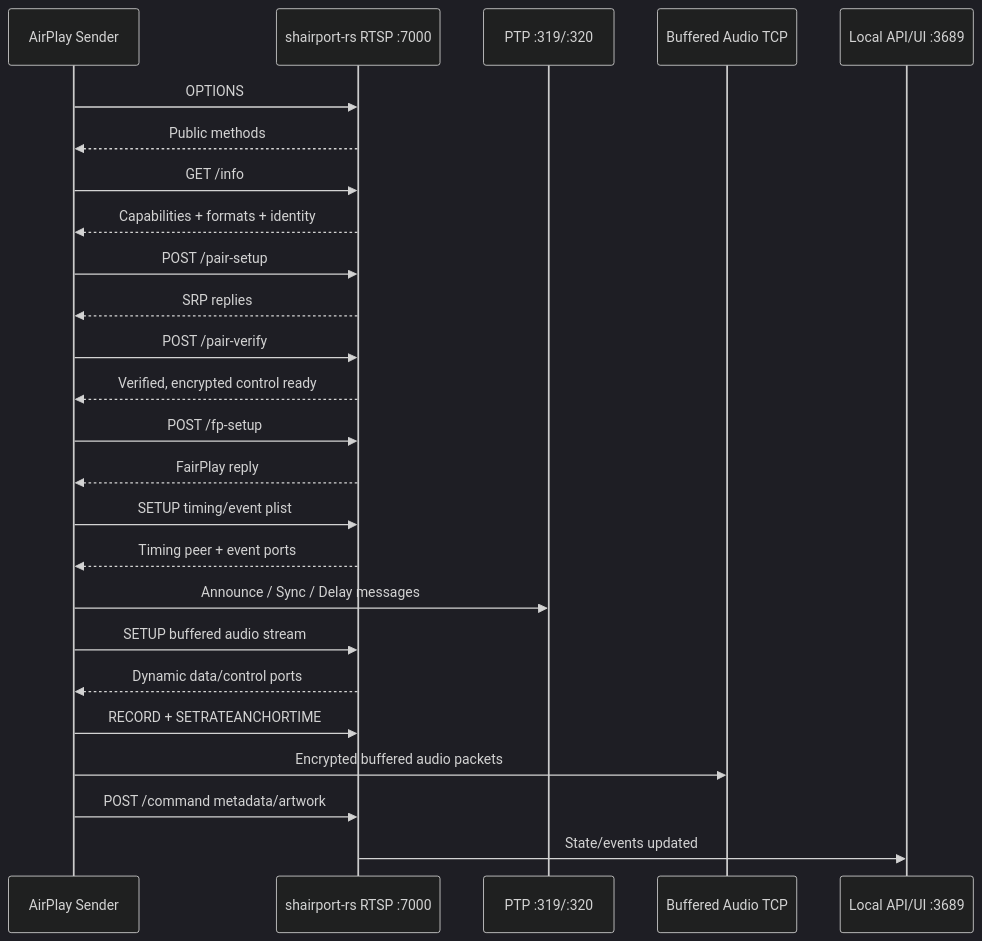
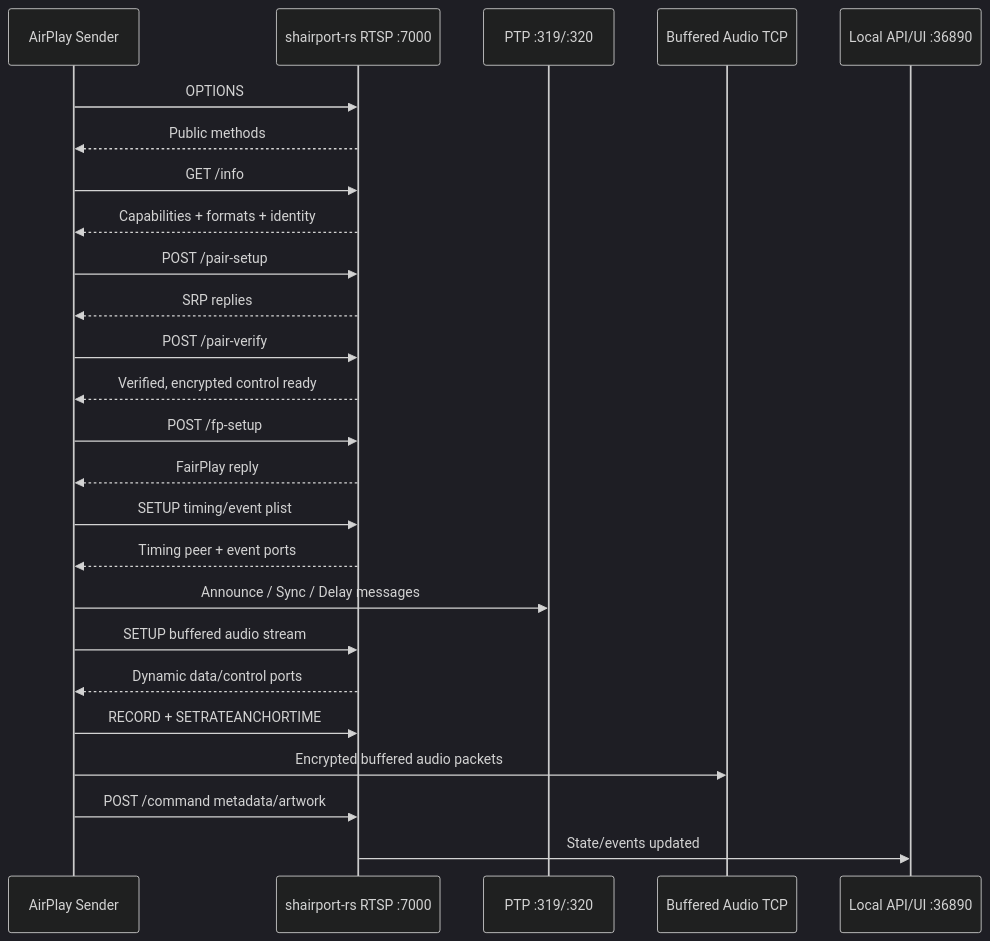
One commit to TAY0123/shairport-sync changed the first of 3 diagrams in shairport-rs/README.md. Above: the diagram before and after it, drawn with Mermaid (dark theme). The commit also changed other lines of this file and 2 other files, not shown here.

Commit message:
Change local API default port to 36890

````diff
--- a/shairport-rs/README.md
+++ b/shairport-rs/README.md
@@ -218,28 +218,28 @@
 ```mermaid
 sequenceDiagram
     participant Sender as AirPlay Sender
     participant RTSP as shairport-rs RTSP :7000
     participant PTP as PTP :319/:320
     participant Audio as Buffered Audio TCP
-    participant API as Local API/UI :3689
+    participant API as Local API/UI :36890
 
     Sender->>RTSP: OPTIONS
     RTSP-->>Sender: Public methods
     Sender->>RTSP: GET /info
     RTSP-->>Sender: Capabilities + formats + identity
     Sender->>RTSP: POST /pair-setup
     RTSP-->>Sender: SRP replies
     Sender->>RTSP: POST /pair-verify
     RTSP-->>Sender: Verified, encrypted control ready
     Sender->>RTSP: POST /fp-setup
     RTSP-->>Sender: FairPlay reply
     Sender->>RTSP: SETUP timing/event plist
     RTSP-->>Sender: Timing peer + event ports
     Sender->>PTP: Announce / Sync / Delay messages
     Sender->>RTSP: SETUP buffered audio stream
     RTSP-->>Sender: Dynamic data/control ports
     Sender->>RTSP: RECORD + SETRATEANCHORTIME
     Sender->>Audio: Encrypted buffered audio packets
     Sender->>RTSP: POST /command metadata/artwork
     RTSP->>API: State/events updated
 ```
````
